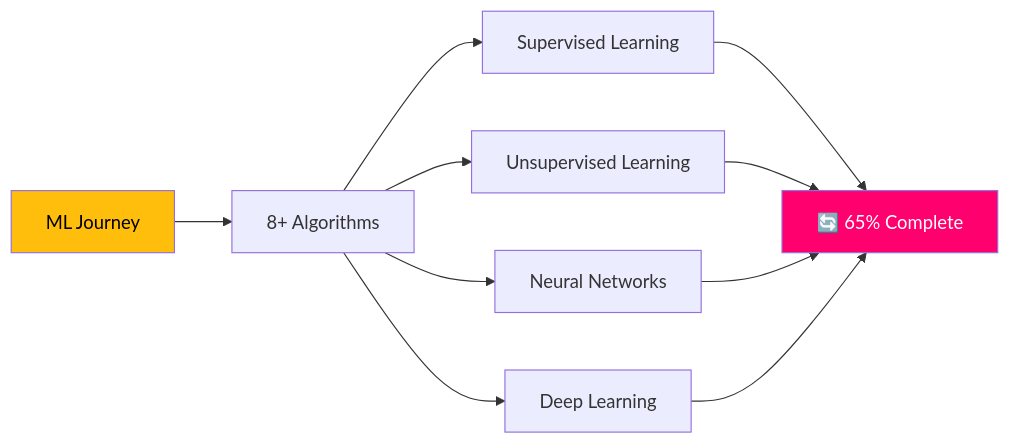
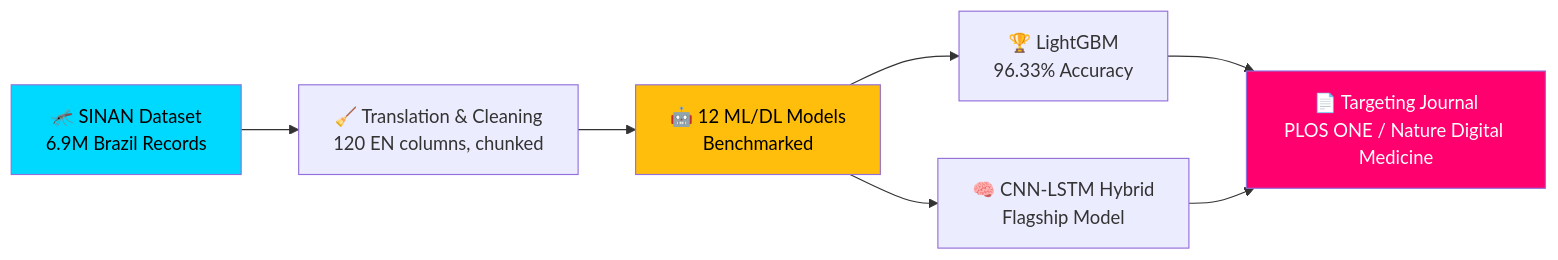
Before and after one commit to MuhammadZafran33/MuhammadZafran33: the first of 2 diagrams in README.md, drawn with Mermaid. The commit also changed other lines of this file, not shown here.

````diff
--- a/README.md
+++ b/README.md
@@ -140,13 +227,12 @@
 ```mermaid
 graph LR
-    A["ML Journey"] --> B["8+ Algorithms"]
-    B --> C1["Supervised Learning"]
-    B --> C2["Unsupervised Learning"]
-    B --> C3["Neural Networks"]
-    B --> C4["Deep Learning"]
-    
-    C1 & C2 & C3 & C4 --> D["🔄 65% Complete"]
-    
-    style A fill:#ffbe0b,color:#000
-    style D fill:#ff006e,color:#fff
+    A["🦟 SINAN Dataset<br/>6.9M Brazil Records"] --> B["🧹 Translation & Cleaning<br/>120 EN columns, chunked"]
+    B --> C["🤖 12 ML/DL Models<br/>Benchmarked"]
+    C --> D["🏆 LightGBM<br/>96.33% Accuracy"]
+    C --> E["🧠 CNN-LSTM Hybrid<br/>Flagship Model"]
+    D & E --> F["📄 Targeting Journal<br/>PLOS ONE / Nature Digital Medicine"]
+
+    style A fill:#00d9ff,color:#000
+    style C fill:#ffbe0b,color:#000
+    style F fill:#ff006e,color:#fff
 ```
````
